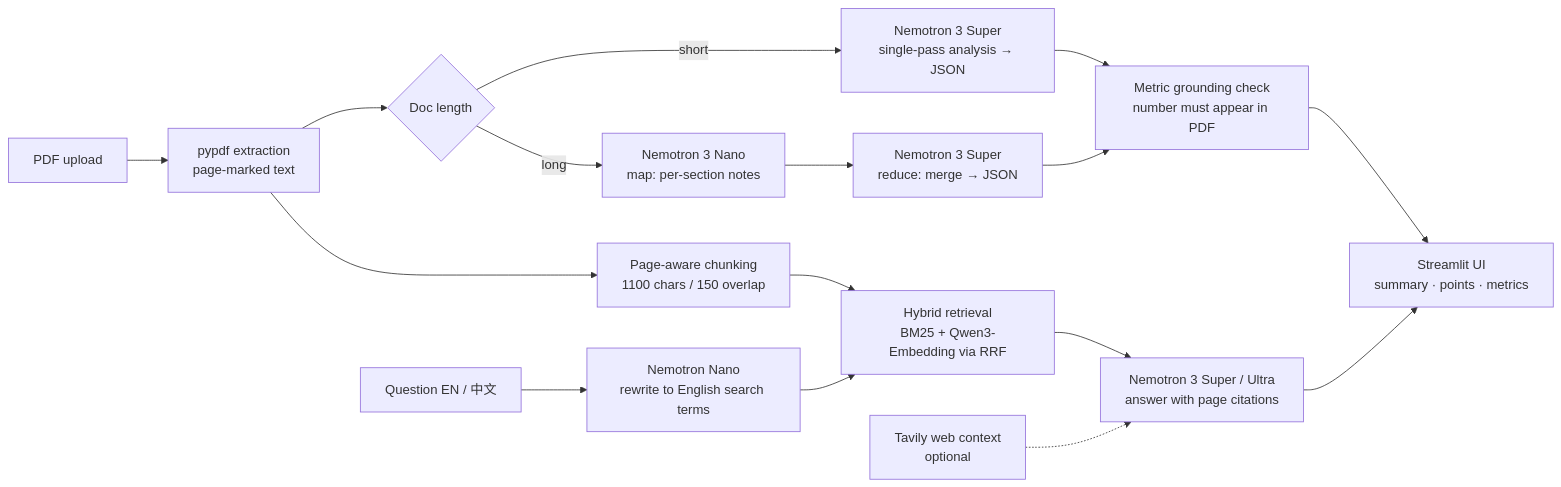
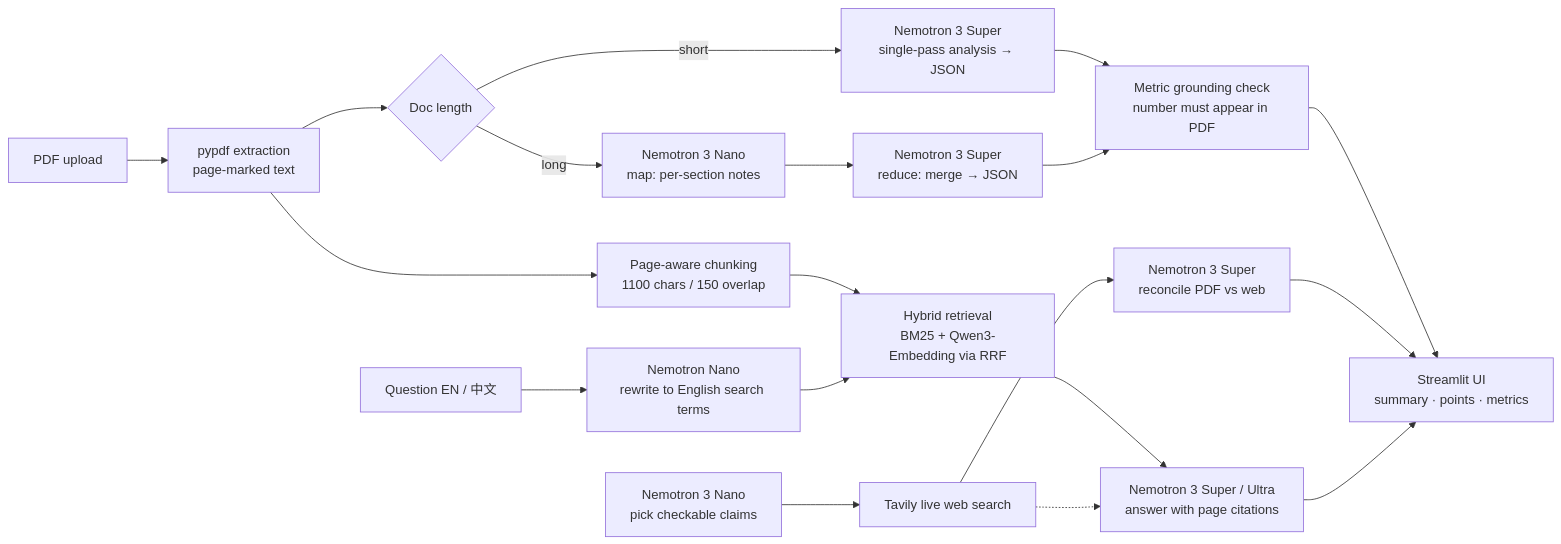
The diagram in README.md (Drag0ndddd1118/docbrief), drawn with Mermaid before and after one commit. The commit also changed other lines of this file and 14 other files, not shown here.

Commit message:
Add Fact-check with the web (Tavily + Nemotron reconcile), tests, docs

````diff
--- a/README.md
+++ b/README.md
@@ -24,18 +24,21 @@
 ```mermaid
 flowchart LR
     U[PDF upload] --> P[pypdf extraction<br/>page-marked text]
     P --> C[Page-aware chunking<br/>1100 chars / 150 overlap]
     P --> A{Doc length}
     A -- short --> S[Nemotron 3 Super<br/>single-pass analysis → JSON]
     A -- long --> M[Nemotron 3 Nano<br/>map: per-section notes]
     M --> R[Nemotron 3 Super<br/>reduce: merge → JSON]
     S --> V[Metric grounding check<br/>number must appear in PDF]
     R --> V
     V --> UI[Streamlit UI<br/>summary · points · metrics]
     C --> H[Hybrid retrieval<br/>BM25 + Qwen3-Embedding via RRF]
     Q[Question EN / 中文] --> W[Nemotron Nano<br/>rewrite to English search terms]
     W --> H
     H --> G[Nemotron 3 Super / Ultra<br/>answer with page citations]
-    T[Tavily web context<br/>optional] -.-> G
+    T[Tavily live web search] --> F[Nemotron 3 Super<br/>reconcile PDF vs web]
+    A2[Nemotron 3 Nano<br/>pick checkable claims] --> T
+    F --> UI
+    T -.-> G
     G --> UI
 ```
````
